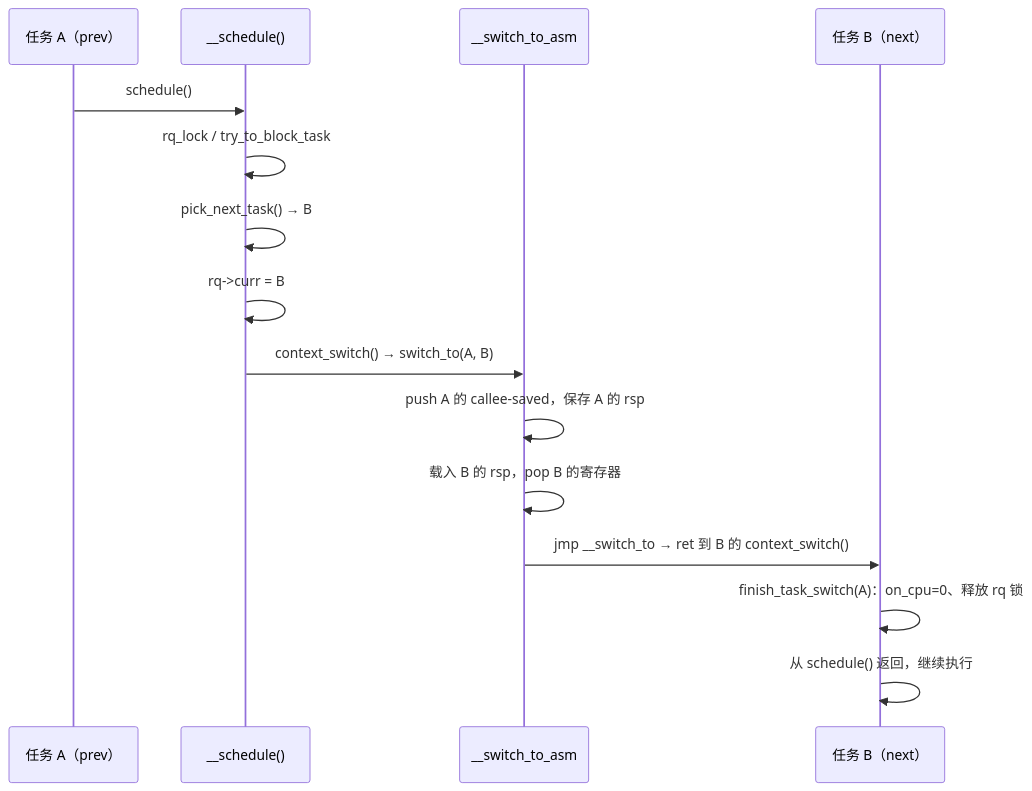
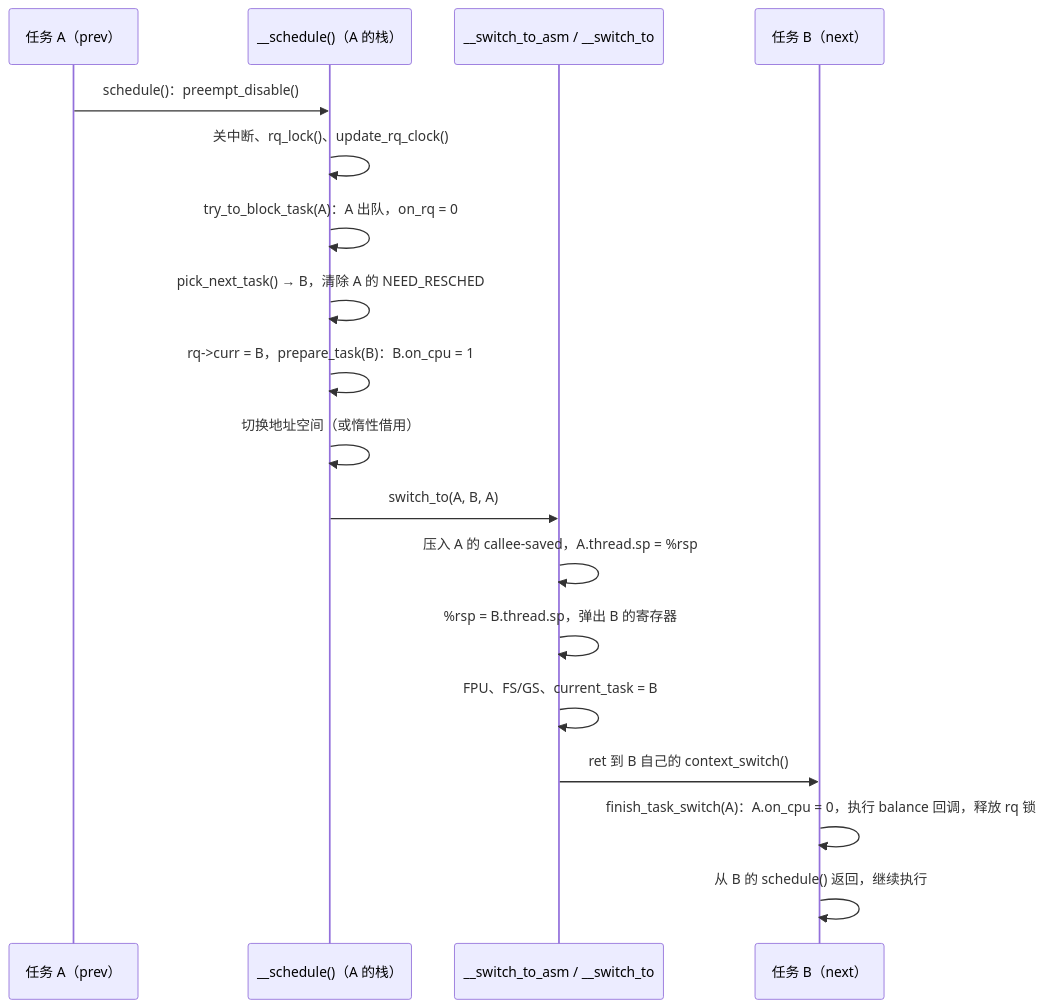
One commit to linuxperf/linux-study changed the diagram in book/03-scheduler/02-schedule.md. Above: the diagram before and after it, drawn with Mermaid. The commit also changed other lines of this file and 2 other files, not shown here.

````diff
--- a/book/03-scheduler/02-schedule.md
+++ b/book/03-scheduler/02-schedule.md
@@ -741,17 +1143,20 @@
 ```mermaid
 sequenceDiagram
     participant A as 任务 A（prev）
-    participant S as __schedule()
-    participant ASM as __switch_to_asm
+    participant S as __schedule()（A 的栈）
+    participant ASM as __switch_to_asm / __switch_to
     participant B as 任务 B（next）
-    A->>S: schedule()
-    S->>S: rq_lock / try_to_block_task
-    S->>S: pick_next_task() → B
-    S->>S: rq->curr = B
-    S->>ASM: context_switch() → switch_to(A, B)
-    ASM->>ASM: push A 的 callee-saved，保存 A 的 rsp
-    ASM->>ASM: 载入 B 的 rsp，pop B 的寄存器
-    ASM->>B: jmp __switch_to → ret 到 B 的 context_switch()
-    B->>B: finish_task_switch(A)：on_cpu=0、释放 rq 锁
-    B->>B: 从 schedule() 返回，继续执行
+    A->>S: schedule()：preempt_disable()
+    S->>S: 关中断、rq_lock()、update_rq_clock()
+    S->>S: try_to_block_task(A)：A 出队，on_rq = 0
+    S->>S: pick_next_task() → B，清除 A 的 NEED_RESCHED
+    S->>S: rq->curr = B，prepare_task(B)：B.on_cpu = 1
+    S->>S: 切换地址空间（或惰性借用）
+    S->>ASM: switch_to(A, B, A)
+    ASM->>ASM: 压入 A 的 callee-saved，A.thread.sp = %rsp
+    ASM->>ASM: %rsp = B.thread.sp，弹出 B 的寄存器
+    ASM->>ASM: FPU、FS/GS、current_task = B
+    ASM->>B: ret 到 B 自己的 context_switch()
+    B->>B: finish_task_switch(A)：A.on_cpu = 0，执行 balance 回调，释放 rq 锁
+    B->>B: 从 B 的 schedule() 返回，继续执行
 ```
````
